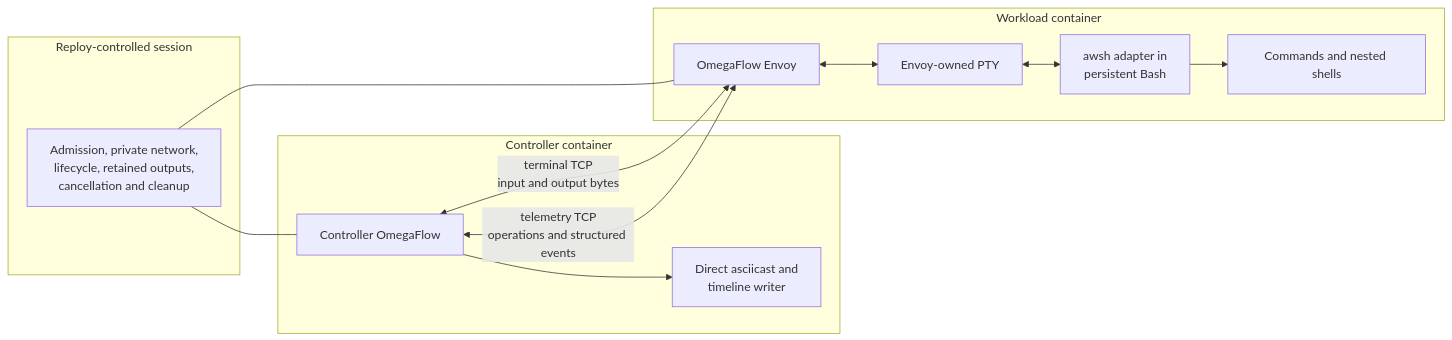
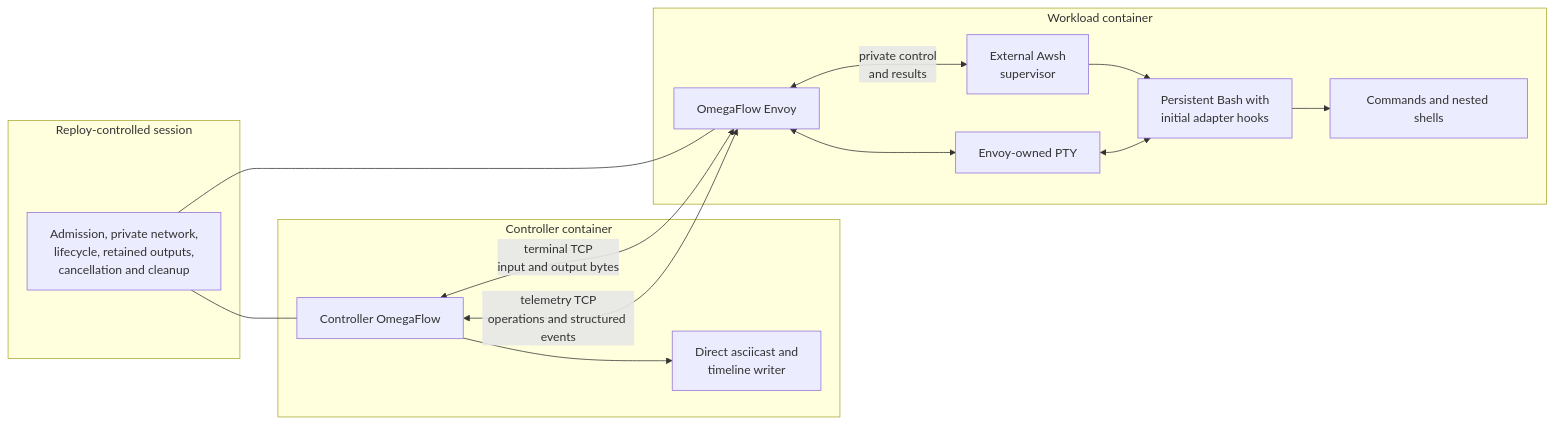
One commit to omry/omegaflow changed the first of 2 diagrams in docs/design/omegaflow-envoy-design.md. Above: the diagram before and after it, drawn with Mermaid. The commit also changed other lines of this file, not shown here.

First line of the commit message:
Define external Awsh supervisor architecture

````diff
--- a/docs/design/omegaflow-envoy-design.md
+++ b/docs/design/omegaflow-envoy-design.md
@@ -91,28 +94,31 @@
 ```mermaid
 flowchart LR
     subgraph Controller["Controller container"]
         OF["Controller OmegaFlow"]
         REC["Direct asciicast and<br/>timeline writer"]
         OF --> REC
     end
 
     subgraph Reploy["Reploy-controlled session"]
         LIFE["Admission, private network,<br/>lifecycle, retained outputs,<br/>cancellation and cleanup"]
     end
 
     subgraph Workload["Workload container"]
         ENV["OmegaFlow Envoy"]
         PTY["Envoy-owned PTY"]
-        BASH["awsh adapter in<br/>persistent Bash"]
+        AWSH["External Awsh<br/>supervisor"]
+        BASH["Persistent Bash with<br/>initial adapter hooks"]
         CHILD["Commands and nested shells"]
 
         ENV <--> PTY
+        ENV <-->|"private control<br/>and results"| AWSH
+        AWSH --> BASH
         PTY <--> BASH
         BASH --> CHILD
     end
 
     OF <-->|"terminal TCP<br/>input and output bytes"| ENV
     OF <-->|"telemetry TCP<br/>operations and structured events"| ENV
     LIFE --- OF
     LIFE --- ENV
 ```
````
